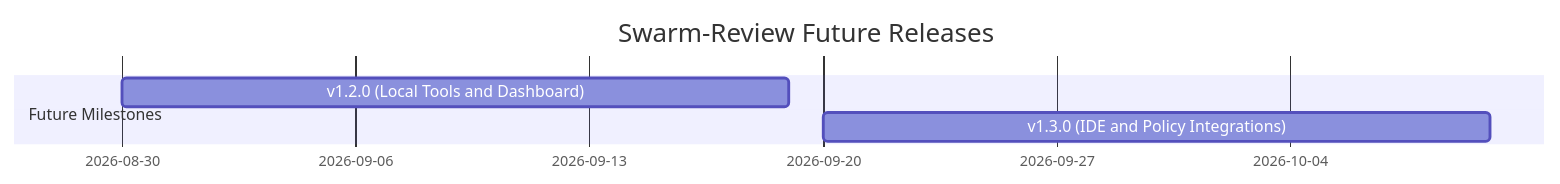
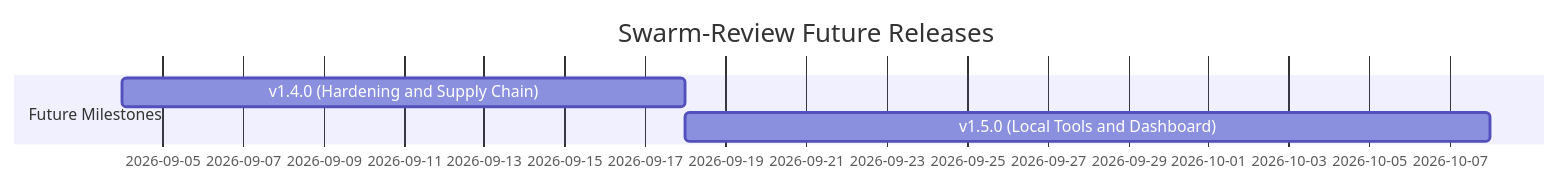
The diagram in ROADMAP.md (EvanGribar/Swarm-Review), drawn with Mermaid before and after one commit. The commit also changed other lines of this file and 5 other files, not shown here.

Commit message:
docs: audit consistency fixes across README, AGENTS, ROADMAP, SPECBRIDGE (#90)

````diff
--- a/ROADMAP.md
+++ b/ROADMAP.md
@@ -5,8 +5,8 @@
 ```mermaid
 gantt
     title Swarm-Review Future Releases
     dateFormat YYYY-MM-DD
     section Future Milestones
-    v1.2.0 (Local Tools and Dashboard) : 2026-08-30, 20d
-    v1.3.0 (IDE and Policy Integrations) : 2026-09-20, 20d
+    v1.4.0 (Hardening and Supply Chain) : 2026-09-04, 14d
+    v1.5.0 (Local Tools and Dashboard) : 2026-09-18, 20d
 ```
````
